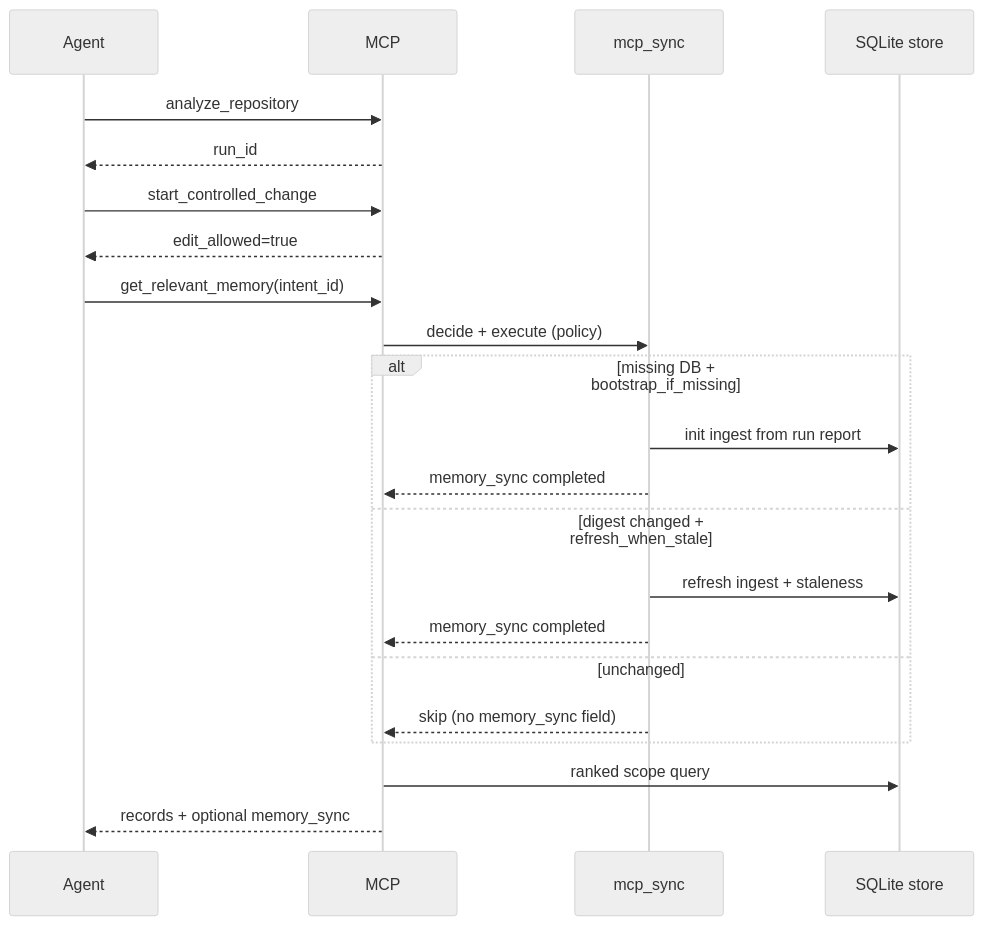
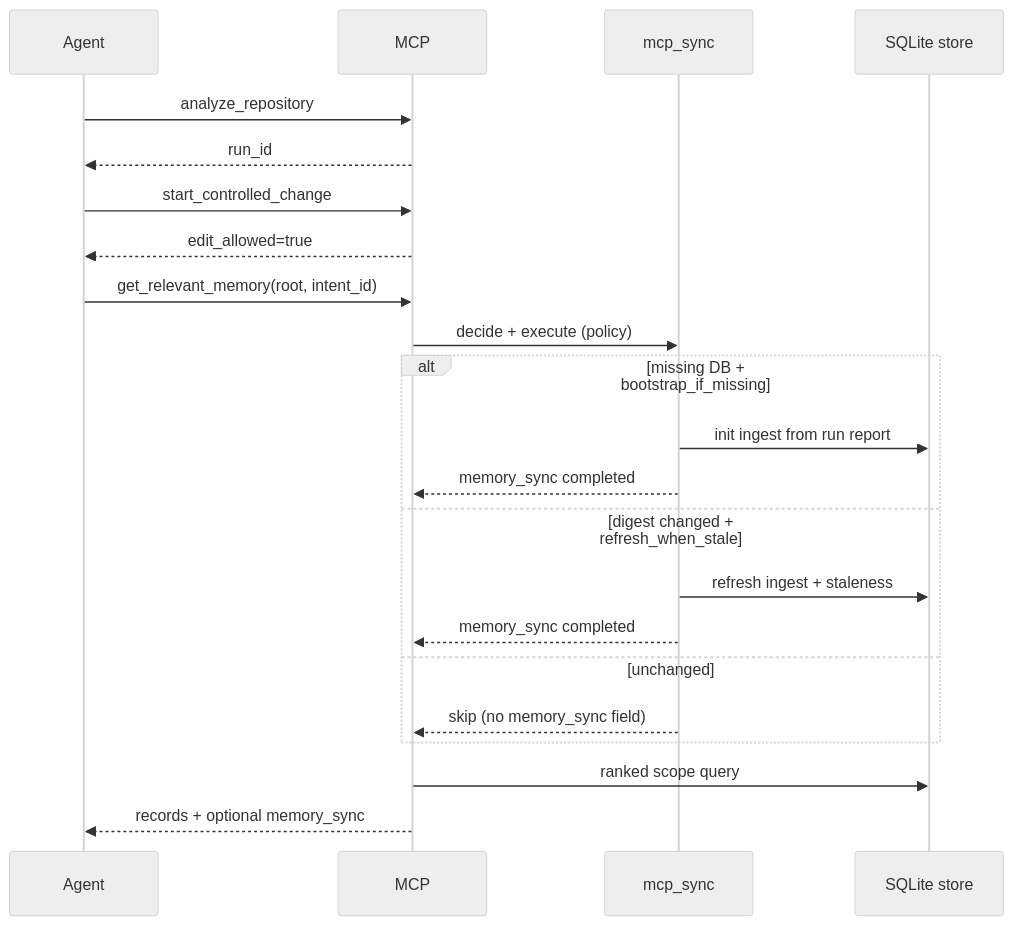
One commit to orenlab/codeclone changed the fifth of 8 diagrams in docs/book/26-engineering-memory.md. Above: the diagram before and after it, drawn with Mermaid (neutral theme). The commit also changed other lines of this file and 14 other files, not shown here.

````diff
--- a/docs/book/26-engineering-memory.md
+++ b/docs/book/26-engineering-memory.md
@@ -216,25 +216,25 @@
 ```mermaid
 sequenceDiagram
     participant A as Agent
     participant M as MCP
     participant S as mcp_sync
     participant DB as SQLite store
 
     A->>M: analyze_repository
     M-->>A: run_id
     A->>M: start_controlled_change
     M-->>A: edit_allowed=true
-    A->>M: get_relevant_memory(intent_id)
+    A->>M: get_relevant_memory(root, intent_id)
     M->>S: decide + execute (policy)
     alt missing DB + bootstrap_if_missing
         S->>DB: init ingest from run report
         S-->>M: memory_sync completed
     else digest changed + refresh_when_stale
         S->>DB: refresh ingest + staleness
         S-->>M: memory_sync completed
     else unchanged
         S-->>M: skip (no memory_sync field)
     end
     M->>DB: ranked scope query
     M-->>A: records + optional memory_sync
 ```
````
